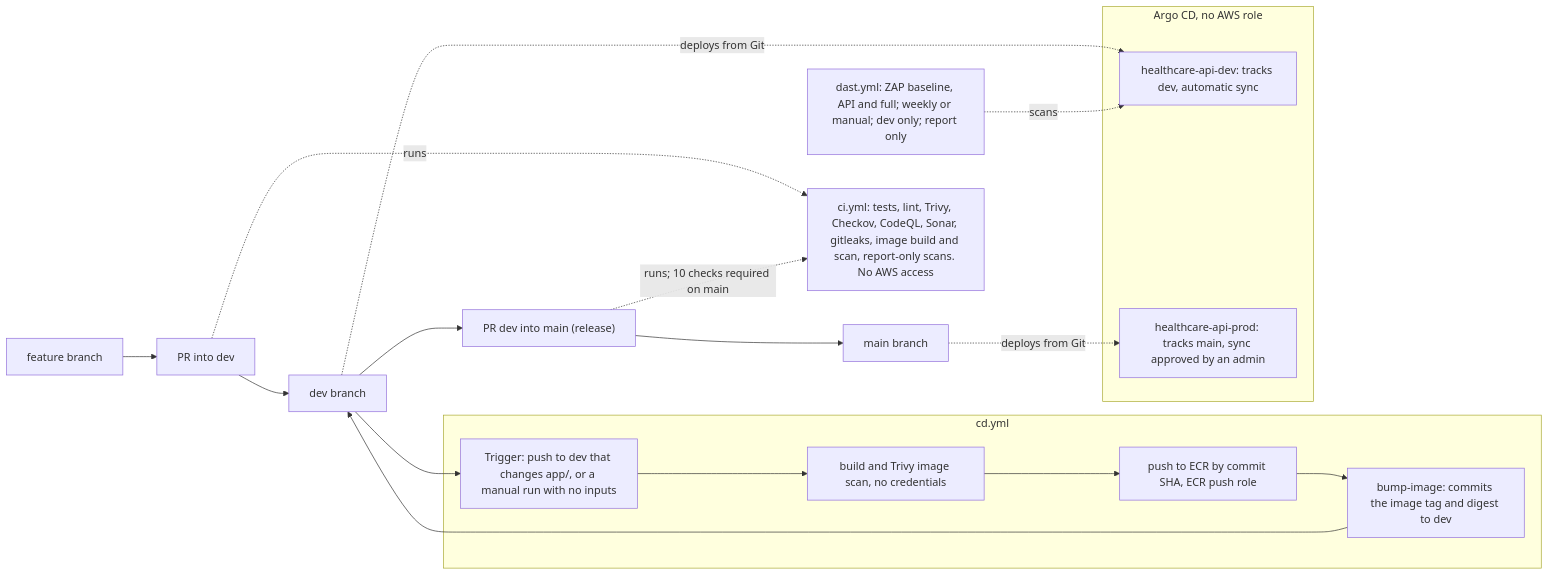
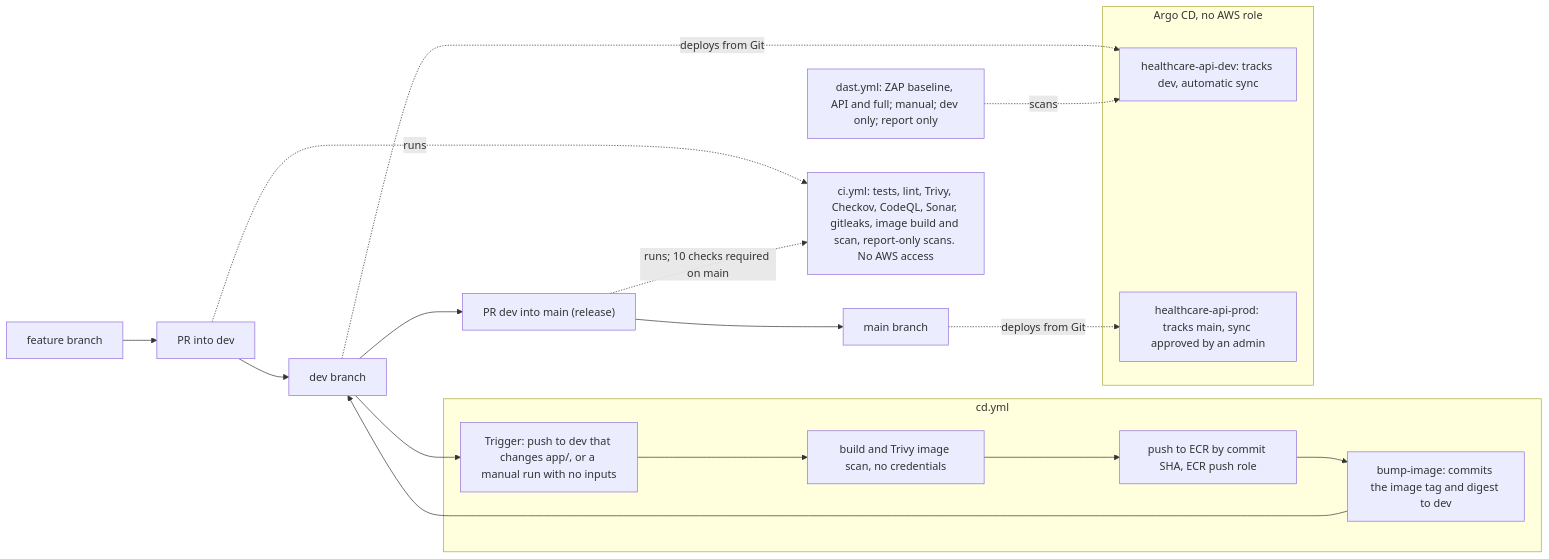
Before and after one commit to zeinhaidara/healthcare-eks-secops: the third of 5 diagrams in docs/architecture.md, drawn with Mermaid. The commit also changed other lines of this file and 13 other files, not shown here.

````diff
--- a/docs/architecture.md
+++ b/docs/architecture.md
@@ -108,22 +110,22 @@
 ```mermaid
 flowchart LR
     feat["feature branch"] --> prdev["PR into dev"] --> devbr["dev branch"] --> prmain["PR dev into main (release)"] --> mainbr["main branch"]
     ci["ci.yml: tests, lint, Trivy, Checkov, CodeQL, Sonar, gitleaks, image build and scan, report-only scans. No AWS access"]
     prdev -. "runs" .-> ci
     prmain -. "runs; 10 checks required on main" .-> ci
 
     subgraph cd["cd.yml"]
         trig["Trigger: push to dev that changes app/, or a manual run with no inputs"] --> build["build and Trivy image scan, no credentials"] --> push["push to ECR by commit SHA, ECR push role"] --> bump["bump-image: commits the image tag and digest to dev"]
     end
     devbr --> trig
     bump --> devbr
 
     subgraph argo["Argo CD, no AWS role"]
         adev["healthcare-api-dev: tracks dev, automatic sync"]
         aprod["healthcare-api-prod: tracks main, sync approved by an admin"]
     end
     devbr -. "deploys from Git" .-> adev
     mainbr -. "deploys from Git" .-> aprod
 
-    dast["dast.yml: ZAP baseline, API and full; weekly or manual; dev only; report only"] -. "scans" .-> adev
+    dast["dast.yml: ZAP baseline, API and full; manual; dev only; report only"] -. "scans" .-> adev
 ```
````
